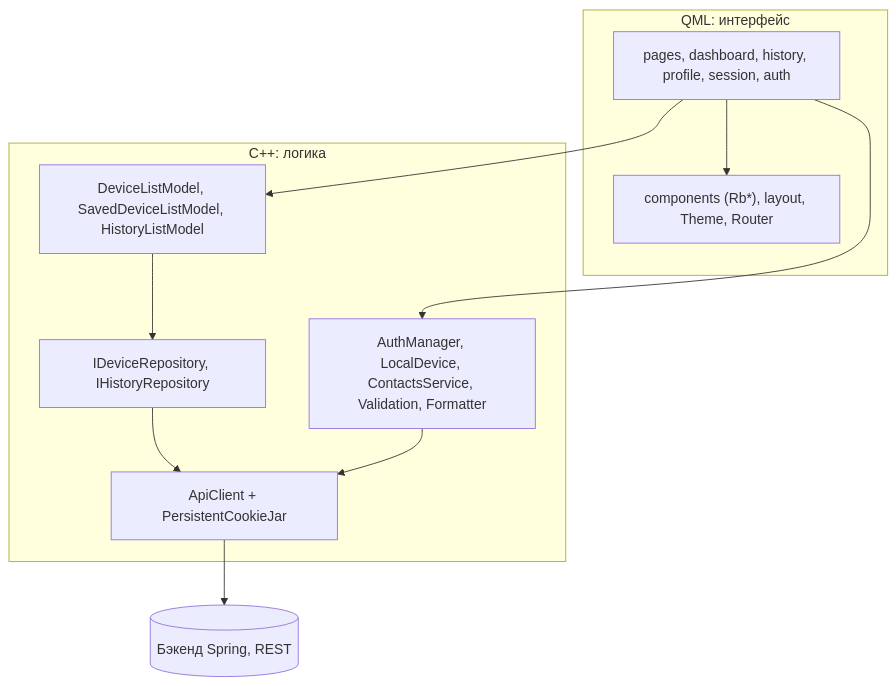
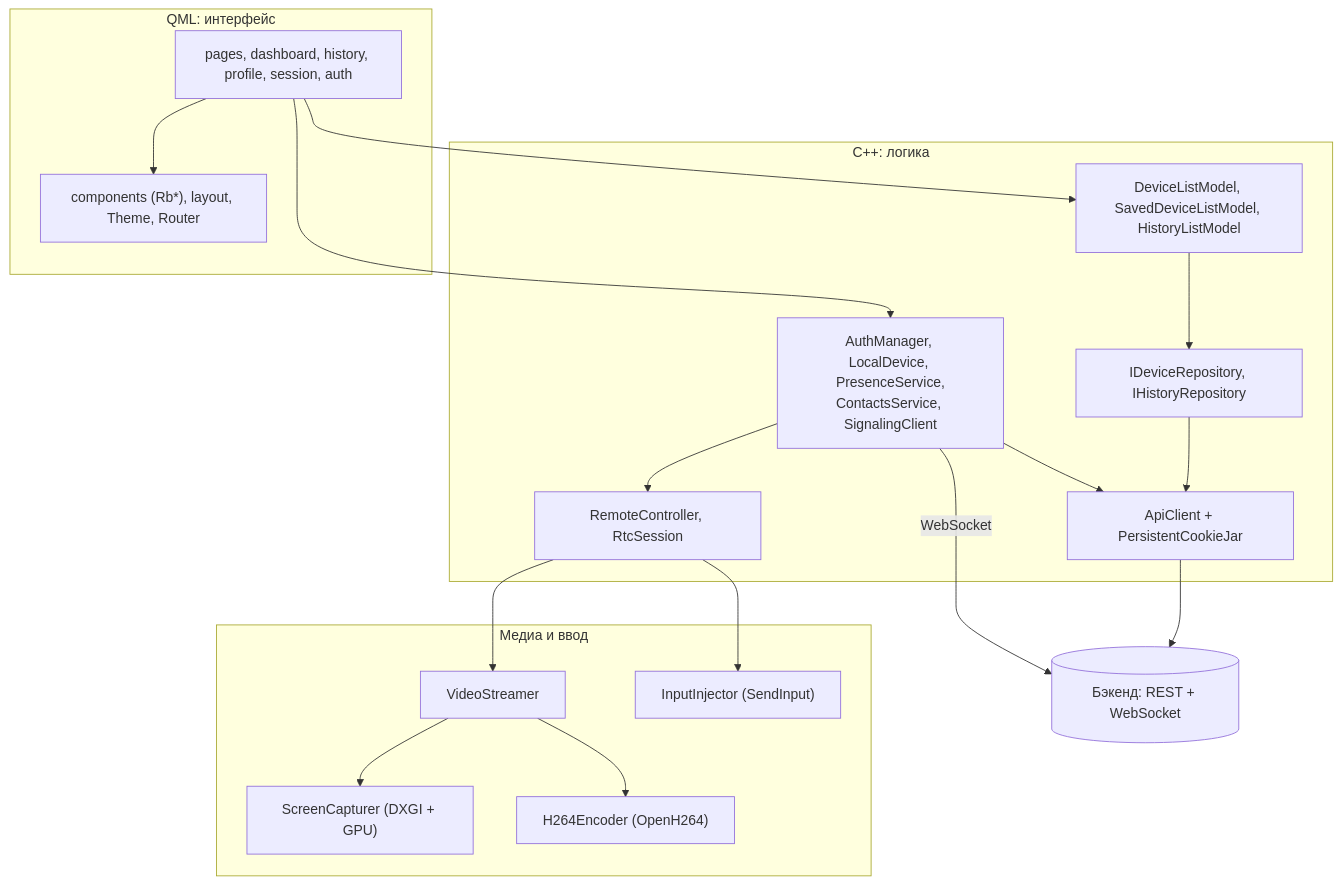
One commit to RanVix/RemoteBridgePublic changed the third of 5 diagrams in README.md. Above: the diagram before and after it, drawn with Mermaid. The commit also changed other lines of this file and 1 other file, not shown here.

````diff
--- a/README.md
+++ b/README.md
@@ -64,24 +177,36 @@
 ```mermaid
 flowchart TB
     subgraph QML["QML: интерфейс"]
         Pages["pages, dashboard, history, profile, session, auth"]
         Kit["components (Rb*), layout, Theme, Router"]
     end
 
     subgraph CPP["C++: логика"]
-        Singletons["AuthManager, LocalDevice, ContactsService, Validation, Formatter"]
+        Core["AuthManager, LocalDevice, PresenceService,<br/>ContactsService, SignalingClient"]
         Models["DeviceListModel, SavedDeviceListModel, HistoryListModel"]
         Repos["IDeviceRepository, IHistoryRepository"]
         Api["ApiClient + PersistentCookieJar"]
+        Remote["RemoteController, RtcSession"]
     end
 
-    Backend[("Бэкенд Spring, REST")]
+    subgraph Media["Медиа и ввод"]
+        Capture["ScreenCapturer (DXGI + GPU)"]
+        Enc["H264Encoder (OpenH264)"]
+        Stream["VideoStreamer"]
+        Input["InputInjector (SendInput)"]
+    end
+
+    Backend[("Бэкенд: REST + WebSocket")]
 
     Pages --> Kit
-    Pages --> Singletons
+    Pages --> Core
     Pages --> Models
-    Models --> Repos
-    Repos --> Api
-    Singletons --> Api
+    Models --> Repos --> Api
+    Core --> Api
     Api --> Backend
+    Core -- "WebSocket" --> Backend
+    Core --> Remote
+    Remote --> Stream --> Capture
+    Stream --> Enc
+    Remote --> Input
 ```
````
